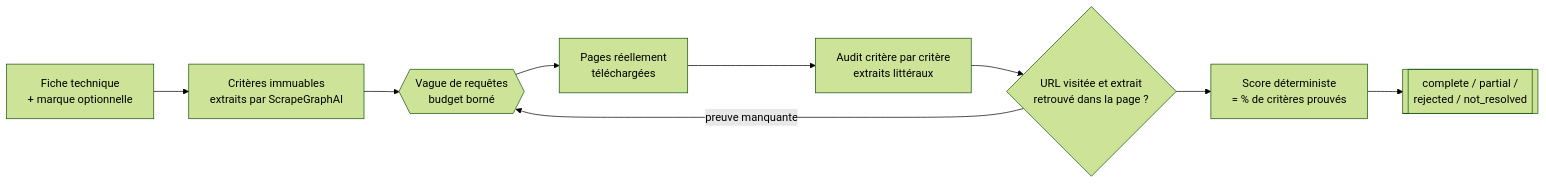
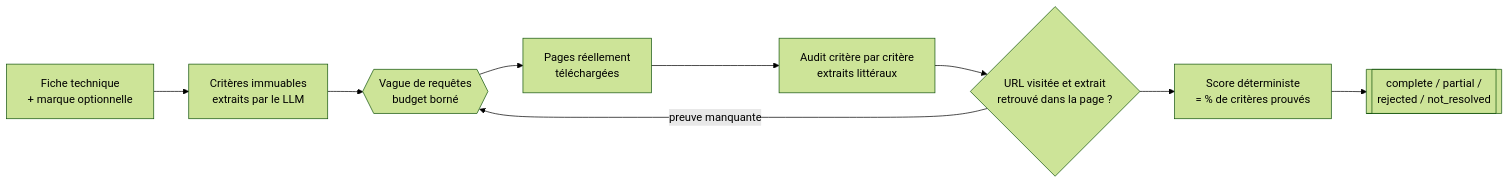
The diagram in README.md (1MedAmine/moteur-equivalence), drawn with Mermaid (forest theme) before and after one commit. The commit also changed other lines of this file, not shown here.

````diff
--- a/README.md
+++ b/README.md
@@ -13,11 +54,11 @@
 ```mermaid
 flowchart LR
-    FICHE[Fiche technique<br/>+ marque optionnelle] --> CRITERES[Critères immuables<br/>extraits par ScrapeGraphAI]
+    FICHE[Fiche technique<br/>+ marque optionnelle] --> CRITERES[Critères immuables<br/>extraits par le LLM]
     CRITERES --> VAGUE{{Vague de requêtes<br/>budget borné}}
     VAGUE --> PAGES[Pages réellement<br/>téléchargées]
     PAGES --> AUDIT[Audit critère par critère<br/>extraits littéraux]
     AUDIT --> VERIF{URL visitée et extrait<br/>retrouvé dans la page ?}
     VERIF -->|preuve manquante| VAGUE
     VERIF --> SCORE[Score déterministe<br/>= % de critères prouvés]
     SCORE --> STATUT[[complete / partial /<br/>rejected / not_resolved]]
 ```
````
